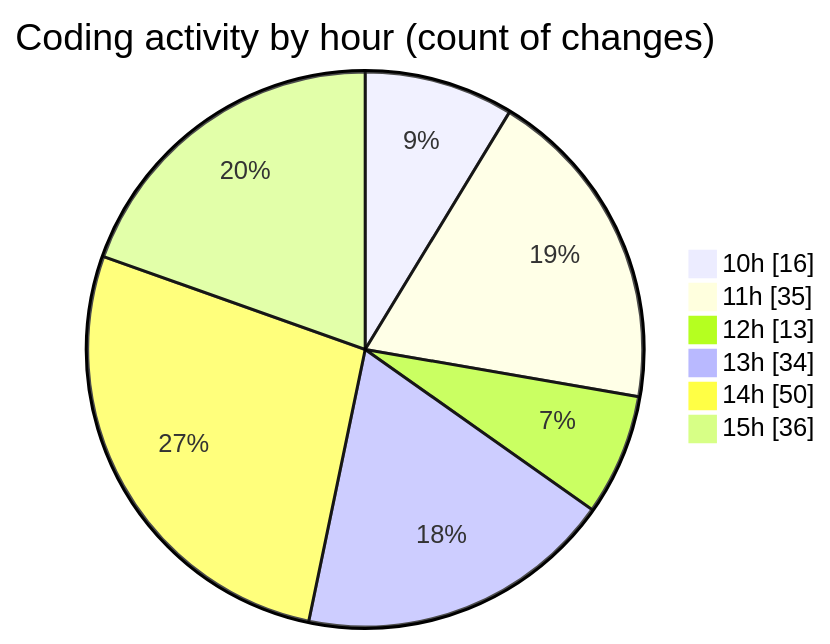
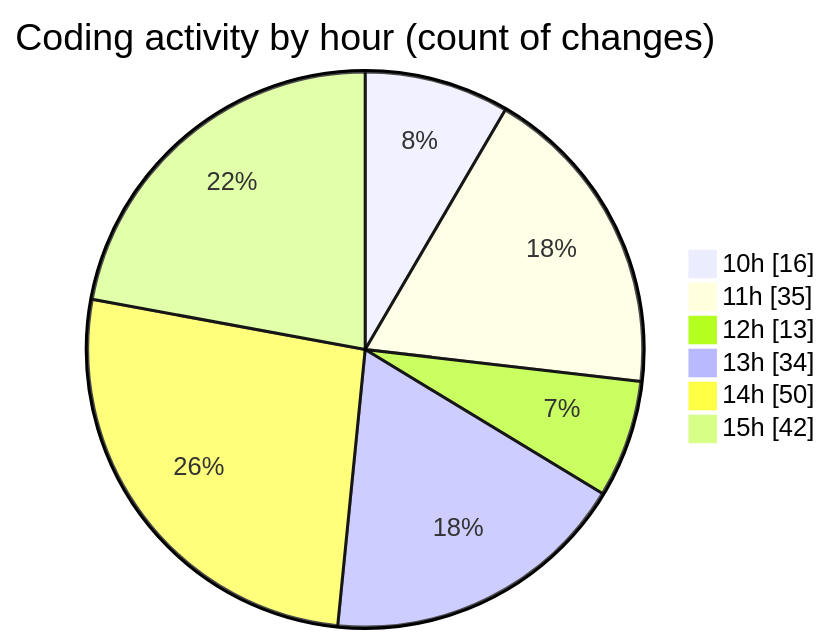
The second of 2 diagrams in 2025-02-20/micros/README.md (charlie-sans/code-tracking), drawn with Mermaid before and after one commit. The commit also changed other lines of this file and 1 other file, not shown here.

````diff
--- a/2025-02-20/micros/README.md
+++ b/2025-02-20/micros/README.md
@@ -60,10 +60,10 @@
 ```mermaid
 pie showData
 title Coding activity by hour (count of changes)
 "10h" : 16
 "11h" : 35
 "12h" : 13
 "13h" : 34
 "14h" : 50
-"15h" : 36
+"15h" : 42
 ```
````
